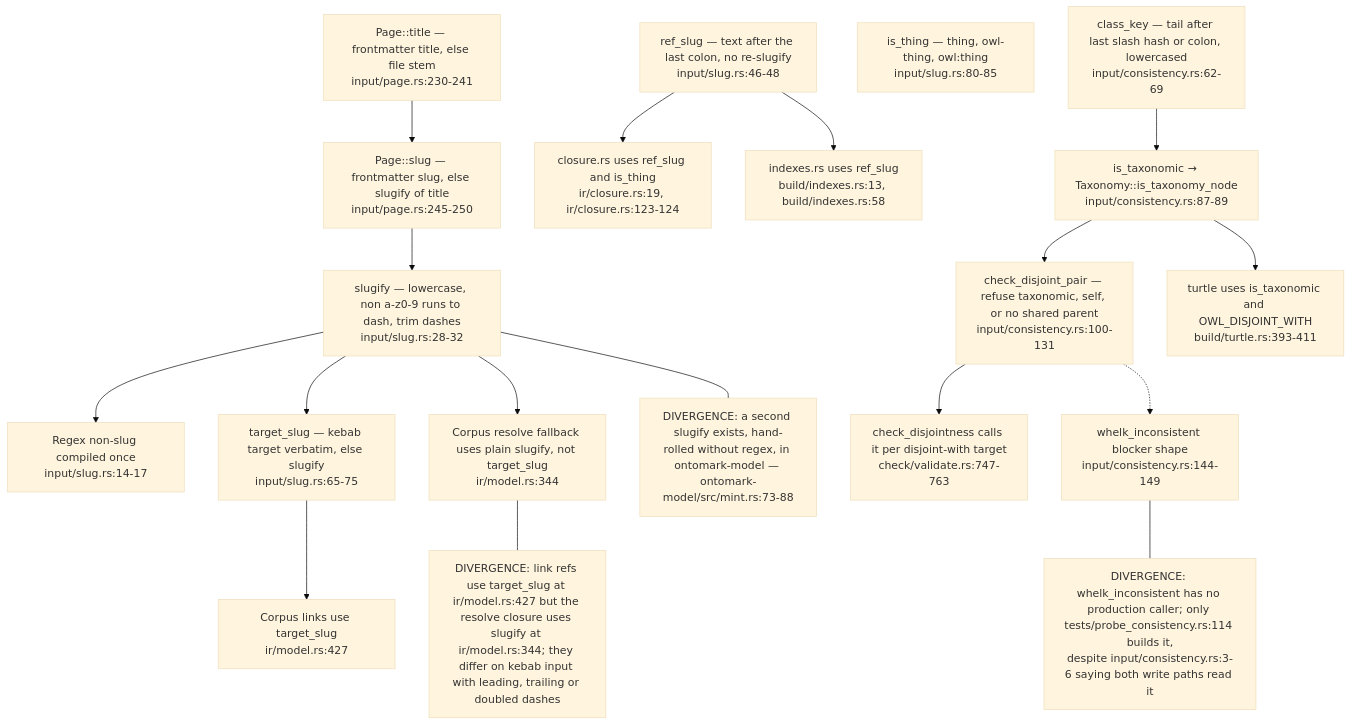
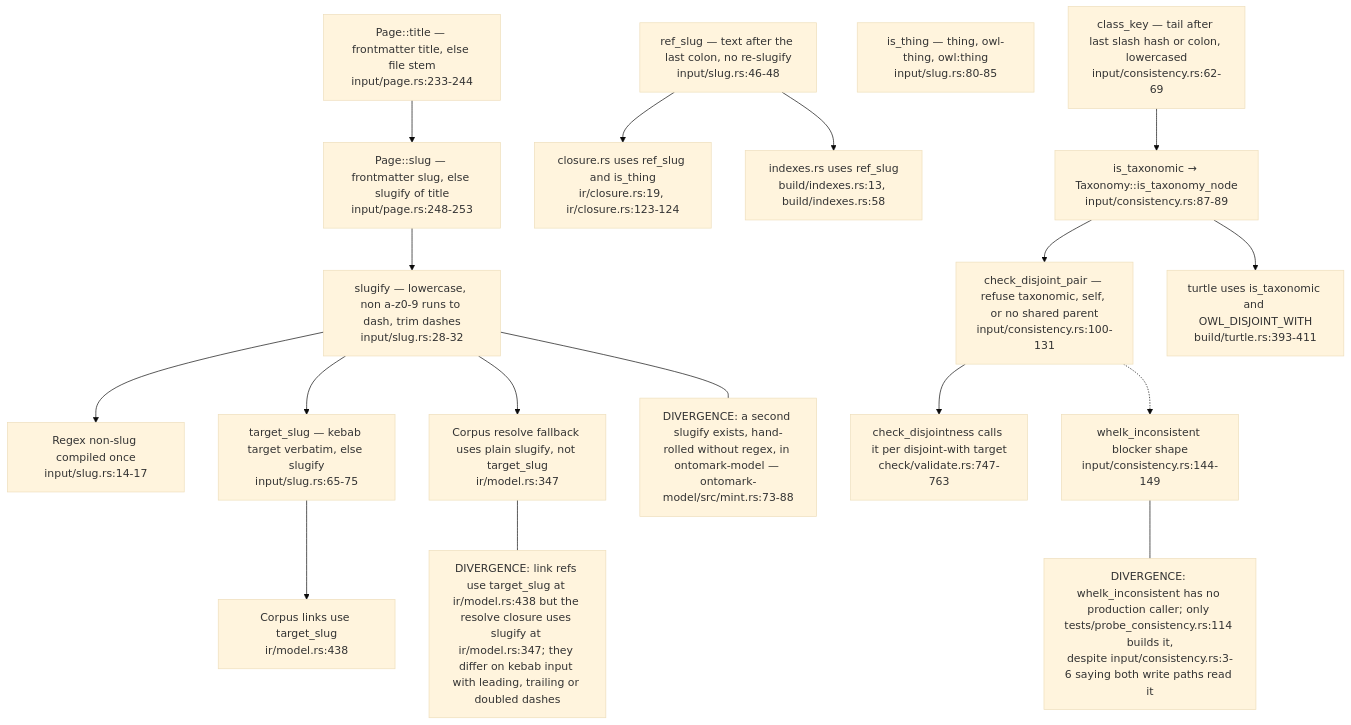
Before and after one commit to DreamLab-AI/VisionFlow: the fifth of 6 diagrams in docs/diagrams/ontomark/01-input-layer-vault-pages-and-gates.md, drawn with Mermaid (base theme). The commit also changed other lines of this file and 70 other files, not shown here.

First line of the commit message:
docs(diagrams): re-verify 69 topics at current default-branch heads

````diff
--- a/docs/diagrams/ontomark/01-input-layer-vault-pages-and-gates.md
+++ b/docs/diagrams/ontomark/01-input-layer-vault-pages-and-gates.md
@@ -211,35 +211,35 @@
 ```mermaid
 flowchart TD
-    TITLE["Page::title — frontmatter title, else file stem<br/>input/page.rs:230-241"]
-    SLUGP["Page::slug — frontmatter slug, else slugify of title<br/>input/page.rs:245-250"]
+    TITLE["Page::title — frontmatter title, else file stem<br/>input/page.rs:233-244"]
+    SLUGP["Page::slug — frontmatter slug, else slugify of title<br/>input/page.rs:248-253"]
     SLUGIFY["slugify — lowercase, non a-z0-9 runs to dash, trim dashes<br/>input/slug.rs:28-32"]
     RE["Regex non-slug compiled once<br/>input/slug.rs:14-17"]
     REFSLUG["ref_slug — text after the last colon, no re-slugify<br/>input/slug.rs:46-48"]
     TARGET["target_slug — kebab target verbatim, else slugify<br/>input/slug.rs:65-75"]
     THING["is_thing — thing, owl-thing, owl:thing<br/>input/slug.rs:80-85"]
     U1["closure.rs uses ref_slug and is_thing<br/>ir/closure.rs:19, ir/closure.rs:123-124"]
     U2["indexes.rs uses ref_slug<br/>build/indexes.rs:13, build/indexes.rs:58"]
-    U3["Corpus links use target_slug<br/>ir/model.rs:427"]
-    U4["Corpus resolve fallback uses plain slugify, not target_slug<br/>ir/model.rs:344"]
+    U3["Corpus links use target_slug<br/>ir/model.rs:438"]
+    U4["Corpus resolve fallback uses plain slugify, not target_slug<br/>ir/model.rs:347"]
     CKEY["class_key — tail after last slash hash or colon, lowercased<br/>input/consistency.rs:62-69"]
     TAX["is_taxonomic → Taxonomy::is_taxonomy_node<br/>input/consistency.rs:87-89"]
     CDP["check_disjoint_pair — refuse taxonomic, self, or no shared parent<br/>input/consistency.rs:100-131"]
     CALL["check_disjointness calls it per disjoint-with target<br/>check/validate.rs:747-763"]
     TTL["turtle uses is_taxonomic and OWL_DISJOINT_WITH<br/>build/turtle.rs:393-411"]
     WHELK["whelk_inconsistent blocker shape<br/>input/consistency.rs:144-149"]
     TITLE --> SLUGP --> SLUGIFY --> RE
     SLUGIFY --> TARGET
     REFSLUG --> U1
     REFSLUG --> U2
     TARGET --> U3
     SLUGIFY --> U4
     CKEY --> TAX --> CDP --> CALL
     TAX --> TTL
     CDP -.-> WHELK
     note1["DIVERGENCE: a second slugify exists, hand-rolled without regex, in ontomark-model — ontomark-model/src/mint.rs:73-88"]
     note2["DIVERGENCE: whelk_inconsistent has no production caller; only tests/probe_consistency.rs:114 builds it,<br/>despite input/consistency.rs:3-6 saying both write paths read it"]
-    note3["DIVERGENCE: link refs use target_slug at ir/model.rs:427 but the resolve closure uses slugify at ir/model.rs:344; they differ on kebab input with leading, trailing or doubled dashes"]
+    note3["DIVERGENCE: link refs use target_slug at ir/model.rs:438 but the resolve closure uses slugify at ir/model.rs:347; they differ on kebab input with leading, trailing or doubled dashes"]
     SLUGIFY --- note1
     WHELK --- note2
     U4 --- note3
 ```
````
